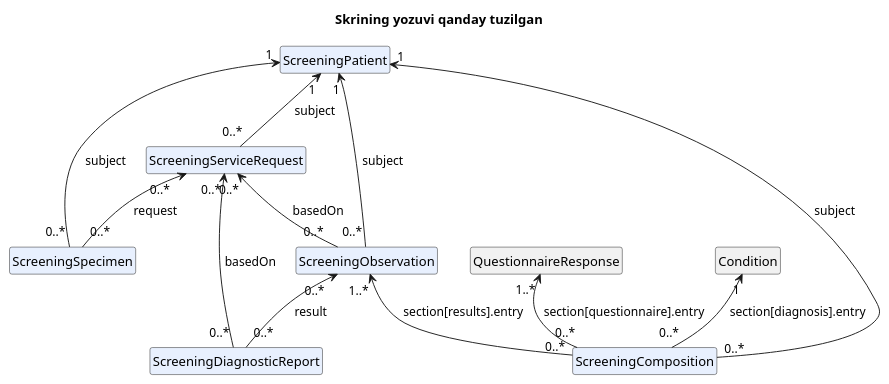
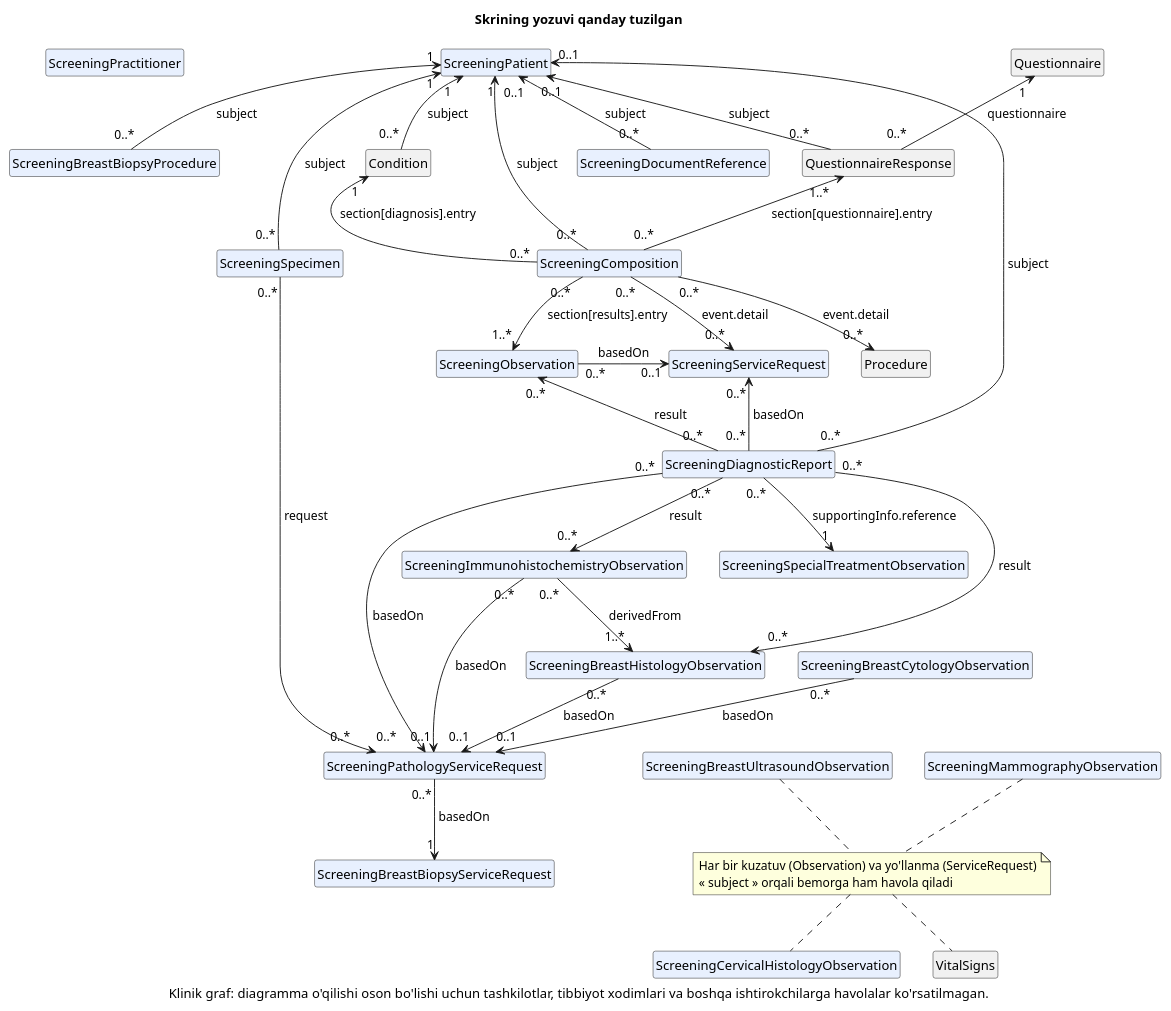
The diagram in input/images-source/screening-model-uz.plantuml (uzinfocom-org/digital-health-integration), drawn with PlantUML before and after one commit. The commit also changed 29 other files, not shown here.

Commit message:
Integration diagrams: all profiles, clinical graph

```diff
--- a/input/images-source/screening-model-uz.plantuml
+++ b/input/images-source/screening-model-uz.plantuml
@@ -1,27 +1,77 @@
 @startuml screening-model-uz
 hide circle
 hide empty members
 title Skrining yozuvi qanday tuzilgan
 
 class ScreeningPatient [[StructureDefinition-screening-patient.html{ScreeningPatient profilini ochish}]] #E8F0FE
+class ScreeningPractitioner [[StructureDefinition-screening-practitioner.html{ScreeningPractitioner profilini ochish}]] #E8F0FE
+class ScreeningComposition [[StructureDefinition-screening-composition.html{ScreeningComposition profilini ochish}]] #E8F0FE
+class ScreeningDocumentReference [[StructureDefinition-screening-document-reference.html{ScreeningDocumentReference profilini ochish}]] #E8F0FE
+class ScreeningDiagnosticReport [[StructureDefinition-screening-diagnostic-report.html{ScreeningDiagnosticReport profilini ochish}]] #E8F0FE
 class ScreeningServiceRequest [[StructureDefinition-screening-service-request.html{ScreeningServiceRequest profilini ochish}]] #E8F0FE
+class ScreeningBreastBiopsyServiceRequest [[StructureDefinition-screening-breast-biopsy-service-request.html{ScreeningBreastBiopsyServiceRequest profilini ochish}]] #E8F0FE
+class ScreeningPathologyServiceRequest [[StructureDefinition-screening-pathology-service-request.html{ScreeningPathologyServiceRequest profilini ochish}]] #E8F0FE
+class ScreeningBreastBiopsyProcedure [[StructureDefinition-screening-breast-biopsy-procedure.html{ScreeningBreastBiopsyProcedure profilini ochish}]] #E8F0FE
 class ScreeningSpecimen [[StructureDefinition-screening-specimen.html{ScreeningSpecimen profilini ochish}]] #E8F0FE
 class ScreeningObservation [[StructureDefinition-screening-observation.html{ScreeningObservation profilini ochish}]] #E8F0FE
-class ScreeningDiagnosticReport [[StructureDefinition-screening-diagnostic-report.html{ScreeningDiagnosticReport profilini ochish}]] #E8F0FE
-class ScreeningComposition [[StructureDefinition-screening-composition.html{ScreeningComposition profilini ochish}]] #E8F0FE
+class ScreeningMammographyObservation [[StructureDefinition-screening-mammography-observation.html{ScreeningMammographyObservation profilini ochish}]] #E8F0FE
+class ScreeningBreastUltrasoundObservation [[StructureDefinition-screening-breast-ultrasound-observation.html{ScreeningBreastUltrasoundObservation profilini ochish}]] #E8F0FE
+class ScreeningBreastCytologyObservation [[StructureDefinition-screening-breast-cytology-observation.html{ScreeningBreastCytologyObservation profilini ochish}]] #E8F0FE
+class ScreeningBreastHistologyObservation [[StructureDefinition-screening-breast-histology-observation.html{ScreeningBreastHistologyObservation profilini ochish}]] #E8F0FE
+class ScreeningCervicalHistologyObservation [[StructureDefinition-screening-cervical-histology-observation.html{ScreeningCervicalHistologyObservation profilini ochish}]] #E8F0FE
+class ScreeningImmunohistochemistryObservation [[StructureDefinition-screening-immunohistochemistry-observation.html{ScreeningImmunohistochemistryObservation profilini ochish}]] #E8F0FE
+class ScreeningSpecialTreatmentObservation [[StructureDefinition-screening-special-treatment-observation.html{ScreeningSpecialTreatmentObservation profilini ochish}]] #E8F0FE
+class VitalSigns [[https://hl7.org/fhir/observation-vitalsigns.html{FHIR vital signs profillarini ochish}]]
+class Condition [[https://dhp.uz/fhir/core/StructureDefinition-uz-core-condition.html{UZ Core Condition profilini ochish}]]
+class Procedure [[https://dhp.uz/fhir/core/StructureDefinition-uz-core-procedure.html{UZ Core Procedure profilini ochish}]]
 class QuestionnaireResponse [[https://dhp.uz/fhir/core/StructureDefinition-uz-core-questionnaire-response.html{UZ Core QuestionnaireResponse profilini ochish}]]
-class Condition [[https://dhp.uz/fhir/core/StructureDefinition-uz-core-condition.html{UZ Core Condition profilini ochish}]]
+class Questionnaire [[https://dhp.uz/fhir/core/StructureDefinition-uz-core-questionnaire.html{UZ Core Questionnaire profilini ochish}]]
 
-ScreeningPatient "1" <-- "0..*" ScreeningServiceRequest : « subject »
+ScreeningPatient "0..1" <-- "0..*" QuestionnaireResponse : « subject »
+Questionnaire "1" <-- "0..*" QuestionnaireResponse : « questionnaire »
+ScreeningPatient "1" <-- "0..*" Condition : « subject »
+ScreeningPatient "0..1" <-- "0..*" ScreeningDocumentReference : « subject »
+ScreeningPatient "1" <-- "0..*" ScreeningBreastBiopsyProcedure : « subject »
+
+QuestionnaireResponse "1..*" <-- "0..*" ScreeningComposition : « section[questionnaire].entry »
+Condition "1" <-- "0..*" ScreeningComposition : « section[diagnosis].entry »
+ScreeningPatient "1" <-- "0..*" ScreeningComposition : « subject »
 ScreeningPatient "1" <-- "0..*" ScreeningSpecimen : « subject »
-ScreeningPatient "1" <-- "0..*" ScreeningObservation : « subject »
-ScreeningPatient "1" <-- "0..*" ScreeningComposition : « subject »
-ScreeningServiceRequest "0..*" <-- "0..*" ScreeningSpecimen : « request »
-ScreeningServiceRequest "0..*" <-- "0..*" ScreeningObservation : « basedOn »
+ScreeningPatient "0..1" <-- "0..*" ScreeningDiagnosticReport : « subject »
+
+ScreeningComposition "0..*" --> "0..*" Procedure : « event.detail »
+ScreeningComposition "0..*" --> "1..*" ScreeningObservation : « section[results].entry »
+ScreeningComposition "0..*" --> "0..*" ScreeningServiceRequest : « event.detail »
+ScreeningObservation "0..*" -right-> "0..1" ScreeningServiceRequest : « basedOn »
+ScreeningObservation "0..*" <-- "0..*" ScreeningDiagnosticReport : « result »
 ScreeningServiceRequest "0..*" <-- "0..*" ScreeningDiagnosticReport : « basedOn »
-ScreeningObservation "0..*" <-- "0..*" ScreeningDiagnosticReport : « result »
-ScreeningObservation "1..*" <-- "0..*" ScreeningComposition : « section[results].entry »
-Condition "1" <-- "0..*" ScreeningComposition : « section[diagnosis].entry »
-QuestionnaireResponse "1..*" <-- "0..*" ScreeningComposition : « section[questionnaire].entry »
+ScreeningDiagnosticReport "0..*" --> "1" ScreeningSpecialTreatmentObservation : « supportingInfo.reference »
+
+ScreeningDiagnosticReport "0..*" --> "0..*" ScreeningImmunohistochemistryObservation : « result »
+ScreeningDiagnosticReport "0..*" --> "0..*" ScreeningBreastHistologyObservation : « result »
+ScreeningImmunohistochemistryObservation "0..*" --> "1..*" ScreeningBreastHistologyObservation : « derivedFrom »
+' trailing spaces keep this multiplicity clear of the one below it
+ScreeningDiagnosticReport "0..*" --> "0..*      " ScreeningPathologyServiceRequest : « basedOn »
+ScreeningImmunohistochemistryObservation "0..*" --> "0..1" ScreeningPathologyServiceRequest : « basedOn »
+ScreeningBreastHistologyObservation "0..*" --> "0..1" ScreeningPathologyServiceRequest : « basedOn »
+ScreeningBreastCytologyObservation "0..*" --> "0..1" ScreeningPathologyServiceRequest : « basedOn »
+ScreeningSpecimen "0..*" --> "0..*" ScreeningPathologyServiceRequest : « request »
+ScreeningPathologyServiceRequest "0..*" --> "1" ScreeningBreastBiopsyServiceRequest : « basedOn »
+
+note "Har bir kuzatuv (Observation) va yo'llanma (ServiceRequest)\n« subject » orqali bemorga ham havola qiladi" as N1
+ScreeningMammographyObservation .. N1
+ScreeningBreastUltrasoundObservation .. N1
+N1 .. ScreeningCervicalHistologyObservation
+N1 .. VitalSigns
+
+' layout: keep the page column narrow by pushing the specimen a
+' rank down and stacking the patient-only results around the note
+ScreeningBreastBiopsyProcedure -[hidden]down- ScreeningSpecimen
+ScreeningObservation -[hidden]right- Procedure
+ScreeningPractitioner -[hidden]down- ScreeningBreastBiopsyProcedure
+ScreeningBreastCytologyObservation -[hidden]down- ScreeningMammographyObservation
+ScreeningBreastCytologyObservation -[hidden]down- ScreeningBreastUltrasoundObservation
+
+caption Klinik graf: diagramma o'qilishi oson bo'lishi uchun tashkilotlar, tibbiyot xodimlari va boshqa ishtirokchilarga havolalar ko'rsatilmagan.
 
 @enduml
```
